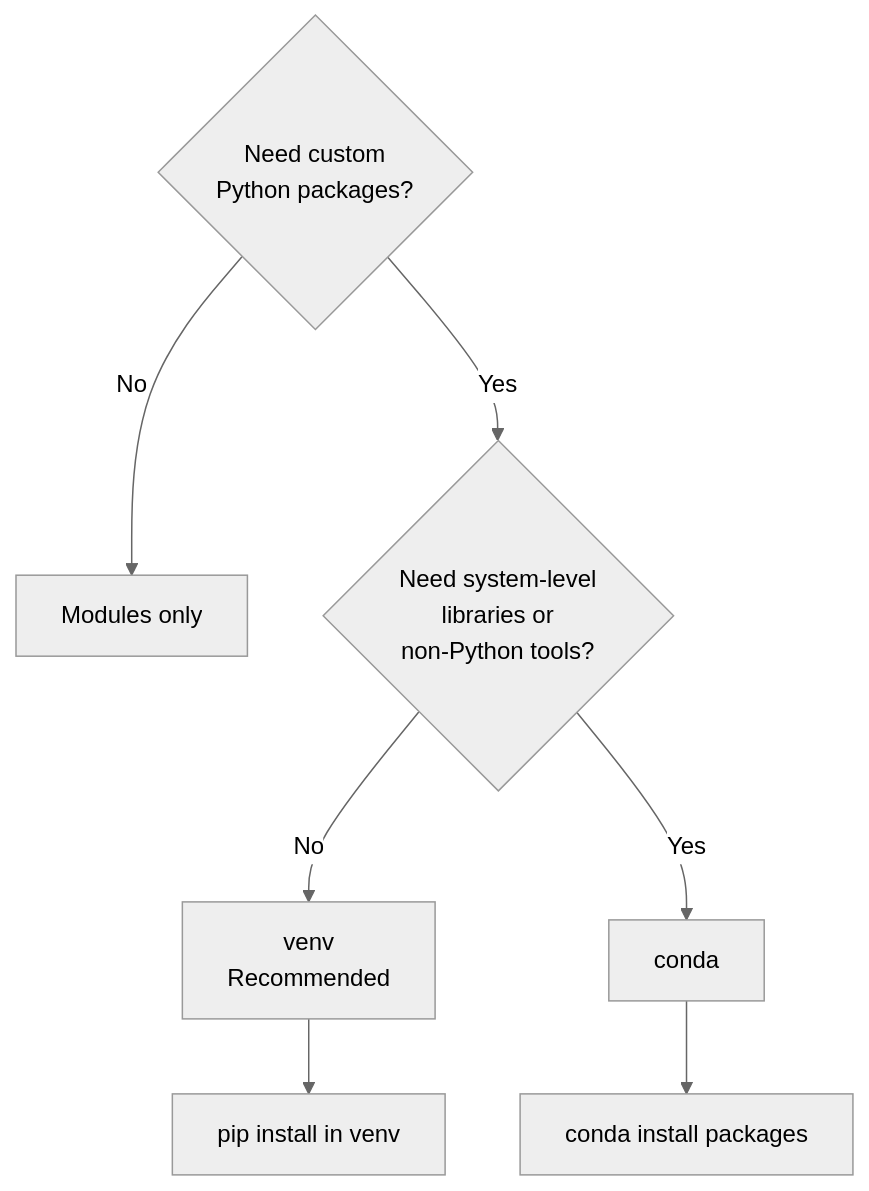
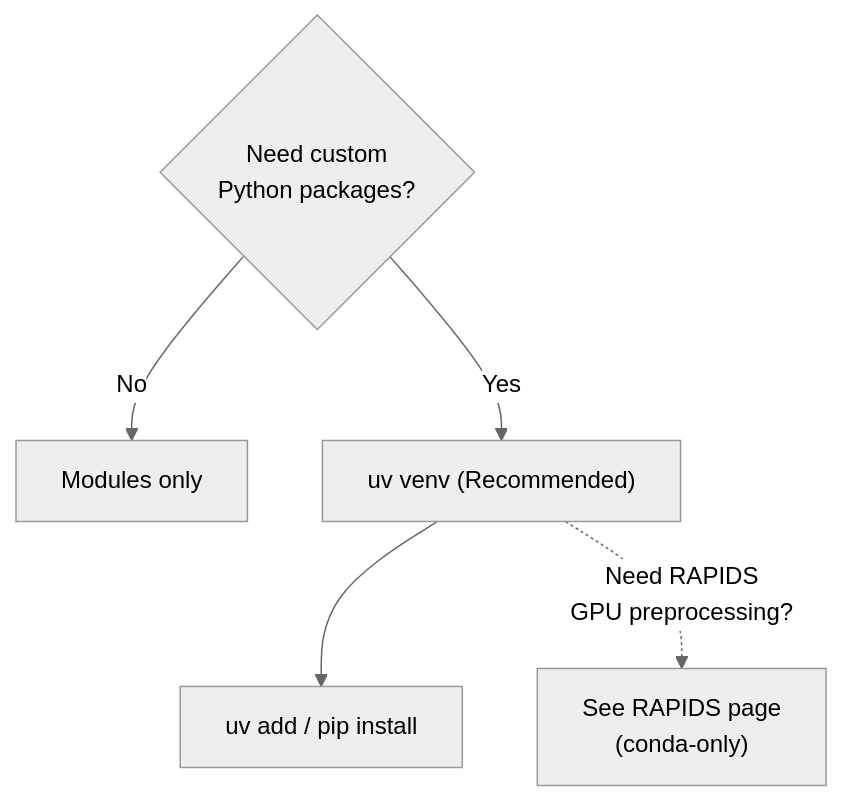
Before and after one commit to OSU-CAR-MSL/lab-setup-guide: the diagram in docs/working-on-osc/osc-environment-management.md, drawn with Mermaid (neutral theme). The commit also changed other lines of this file and 28 other files, not shown here.

````diff
--- a/docs/working-on-osc/osc-environment-management.md
+++ b/docs/working-on-osc/osc-environment-management.md
@@ -17,9 +17,7 @@
 ```mermaid
 flowchart TD
     A{Need custom\nPython packages?} -->|No| B[Modules only]
-    A -->|Yes| C{Need system-level\nlibraries or\nnon-Python tools?}
-    C -->|No| D[venv\nRecommended]
-    C -->|Yes| E[conda]
-    D --> F[pip install in venv]
-    E --> G[conda install packages]
+    A -->|Yes| C["uv venv (Recommended)"]
+    C --> D[uv add / pip install]
+    C -.->|Need RAPIDS\nGPU preprocessing?| E["See RAPIDS page\n(conda-only)"]
 ```
````
